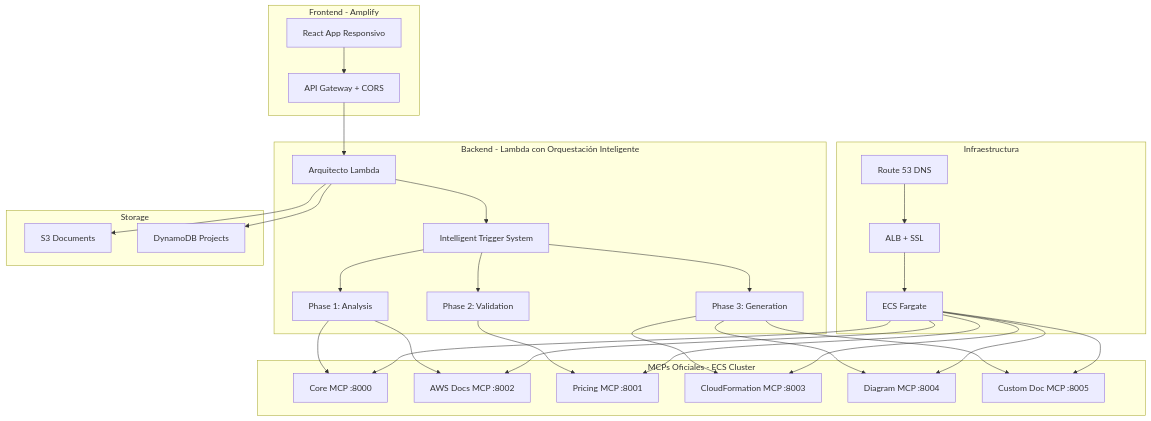
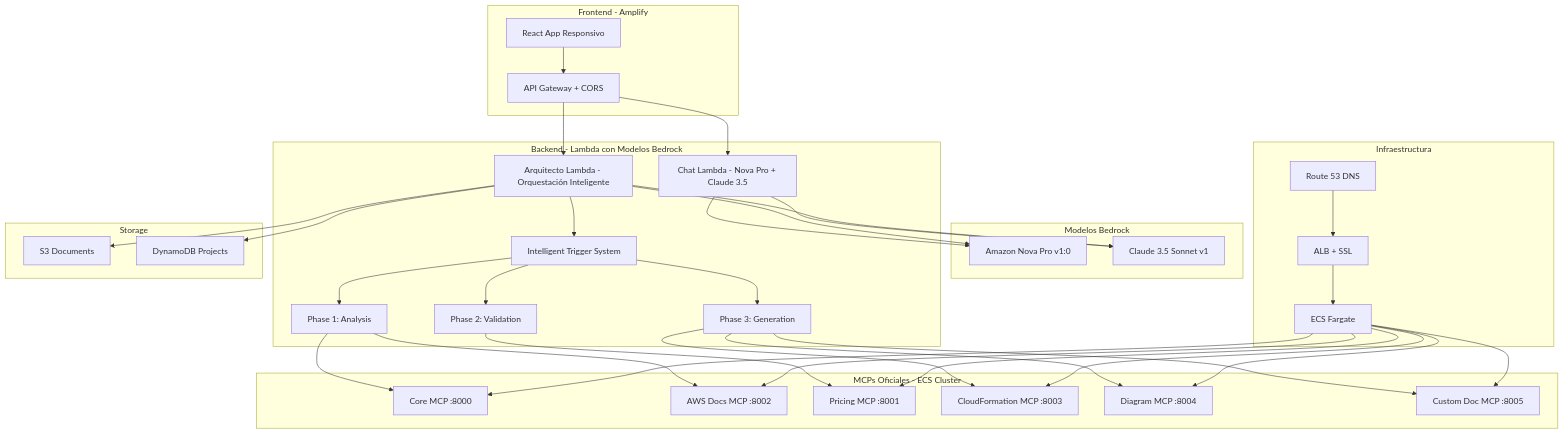
One commit to coedaniel/aws-propuestas-v3 changed the diagram in README.md. Above: the diagram before and after it, drawn with Mermaid. The commit also changed other lines of this file, not shown here.

First line of the commit message:
📚 UPDATE: README with Bedrock Models + Chat Endpoint

````diff
--- a/README.md
+++ b/README.md
@@ -23,39 +27,47 @@
 ```mermaid
 graph TB
     subgraph "Frontend - Amplify"
         A[React App Responsivo] --> B[API Gateway + CORS]
     end
     
-    subgraph "Backend - Lambda con Orquestación Inteligente"
-        B --> C[Arquitecto Lambda]
-        C --> D[Intelligent Trigger System]
-        D --> E[Phase 1: Analysis]
-        D --> F[Phase 2: Validation] 
-        D --> G[Phase 3: Generation]
+    subgraph "Backend - Lambda con Modelos Bedrock"
+        B --> C[Chat Lambda - Nova Pro + Claude 3.5]
+        B --> D[Arquitecto Lambda - Orquestación Inteligente]
+        D --> E[Intelligent Trigger System]
+        E --> F[Phase 1: Analysis]
+        E --> G[Phase 2: Validation] 
+        E --> H[Phase 3: Generation]
+    end
+    
+    subgraph "Modelos Bedrock"
+        C --> I[Amazon Nova Pro v1:0]
+        C --> J[Claude 3.5 Sonnet v1]
+        D --> I
+        D --> J
     end
     
     subgraph "MCPs Oficiales - ECS Cluster"
-        E --> H[Core MCP :8000]
-        E --> I[AWS Docs MCP :8002]
-        F --> J[Pricing MCP :8001]
-        G --> K[CloudFormation MCP :8003]
-        G --> L[Diagram MCP :8004]
-        G --> M[Custom Doc MCP :8005]
+        F --> K[Core MCP :8000]
+        F --> L[AWS Docs MCP :8002]
+        G --> M[Pricing MCP :8001]
+        H --> N[CloudFormation MCP :8003]
+        H --> O[Diagram MCP :8004]
+        H --> P[Custom Doc MCP :8005]
     end
     
     subgraph "Infraestructura"
-        N[Route 53 DNS] --> O[ALB + SSL]
-        O --> P[ECS Fargate]
-        P --> H
-        P --> I
-        P --> J
-        P --> K
-        P --> L
-        P --> M
+        Q[Route 53 DNS] --> R[ALB + SSL]
+        R --> S[ECS Fargate]
+        S --> K
+        S --> L
+        S --> M
+        S --> N
+        S --> O
+        S --> P
     end
     
     subgraph "Storage"
-        C --> Q[S3 Documents]
-        C --> R[DynamoDB Projects]
+        D --> T[S3 Documents]
+        D --> U[DynamoDB Projects]
     end
 ```
````
